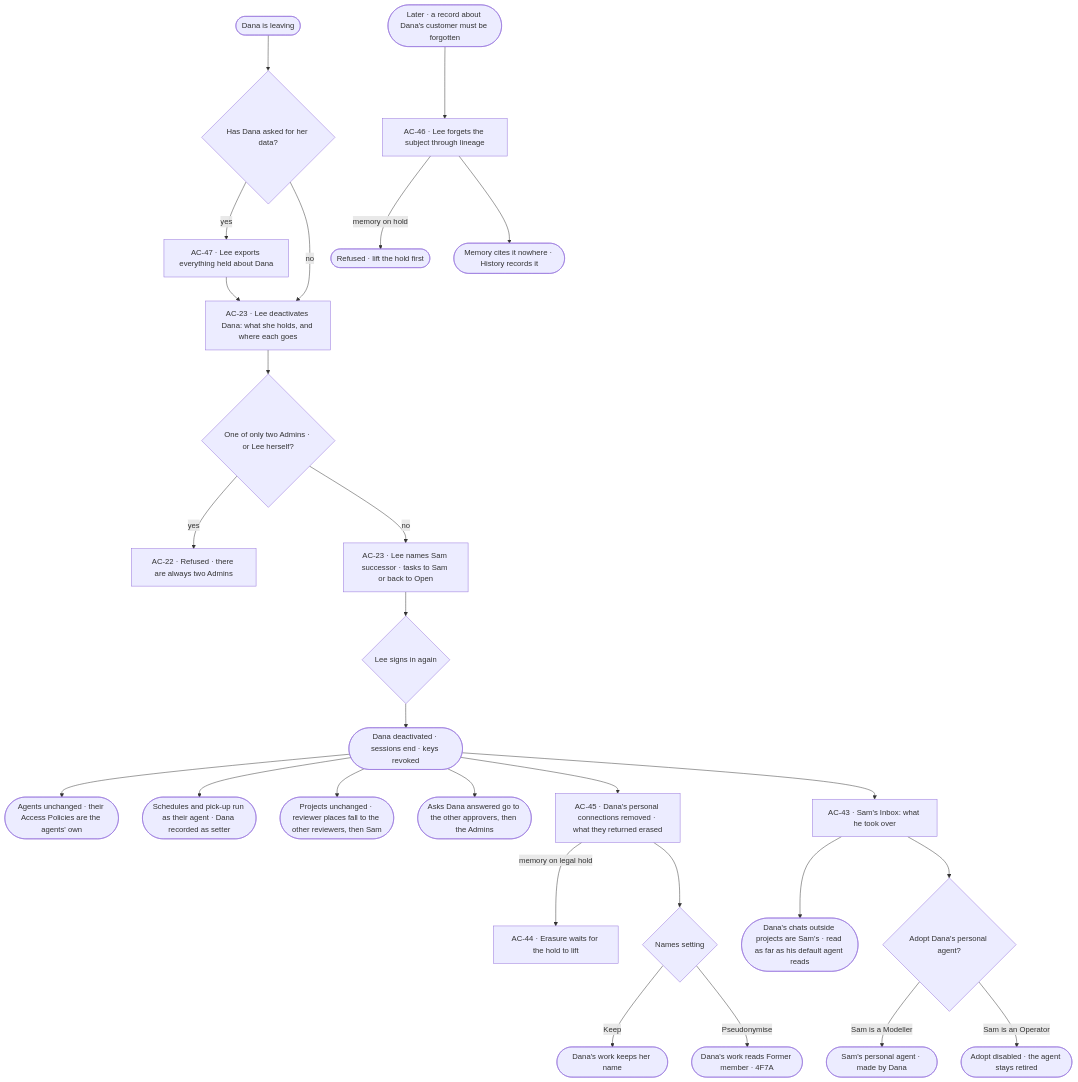
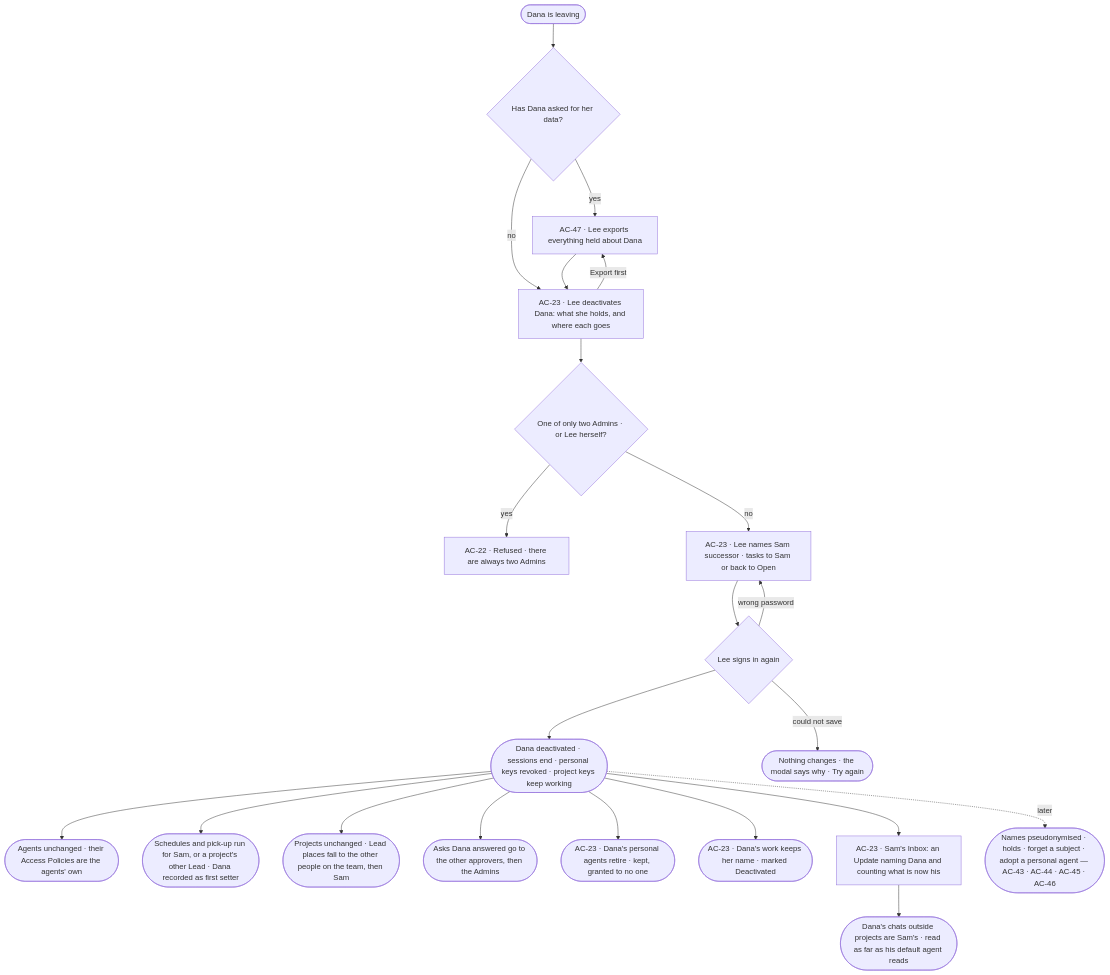
One commit to invana/invana changed the diagram in specs/journeys/J12-a-person-leaves-and-the-team-keeps-working.md. Above: the diagram before and after it, drawn with Mermaid. The commit also changed other lines of this file and 456 other files, not shown here.

````diff
--- a/specs/journeys/J12-a-person-leaves-and-the-team-keeps-working.md
+++ b/specs/journeys/J12-a-person-leaves-and-the-team-keeps-working.md
@@ -16,29 +18,24 @@
 ```mermaid
 flowchart TD
   P([Dana is leaving]) --> X{"Has Dana asked for her data?"}
   X -->|yes| EX["AC-47 · Lee exports everything held about Dana"]
   X -->|no| D
   EX --> D["AC-23 · Lee deactivates Dana: what she holds, and where each goes"]
+  D -->|Export first| EX
   D --> A{"One of only two Admins · or Lee herself?"}
   A -->|yes| AR["AC-22 · Refused · there are always two Admins"]
   A -->|no| S["AC-23 · Lee names Sam successor · tasks to Sam or back to Open"]
   S --> PW{"Lee signs in again"}
-  PW --> OFF(["Dana deactivated · sessions end · keys revoked"])
+  PW -->|wrong password| S
+  PW --> OFF(["Dana deactivated · sessions end · personal keys revoked · project keys keep working"])
+  PW -->|could not save| FL(["Nothing changes · the modal says why · Try again"])
   OFF --> W1(["Agents unchanged · their Access Policies are the agents' own"])
-  OFF --> W2(["Schedules and pick-up run as their agent · Dana recorded as setter"])
-  OFF --> W3(["Projects unchanged · reviewer places fall to the other reviewers, then Sam"])
+  OFF --> W2(["Schedules and pick-up run for Sam, or a project's other Lead · Dana recorded as first setter"])
+  OFF --> W3(["Projects unchanged · Lead places fall to the other people on the team, then Sam"])
   OFF --> W4(["Asks Dana answered go to the other approvers, then the Admins"])
-  OFF --> PD["AC-45 · Dana's personal connections removed · what they returned erased"]
-  PD -->|memory on legal hold| WH["AC-44 · Erasure waits for the hold to lift"]
-  PD --> NM{"Names setting"}
-  NM -->|Keep| K(["Dana's work keeps her name"])
-  NM -->|Pseudonymise| PS(["Dana's work reads Former member · 4F7A"])
-  OFF --> SAM["AC-43 · Sam's Inbox: what he took over"]
+  OFF --> RT(["AC-23 · Dana's personal agents retire · kept, granted to no one"])
+  OFF --> NM(["AC-23 · Dana's work keeps her name · marked Deactivated"])
+  OFF --> SAM["AC-23 · Sam's Inbox: an Update naming Dana and counting what is now his"]
   SAM --> CH(["Dana's chats outside projects are Sam's · read as far as his default agent reads"])
-  SAM --> AG{"Adopt Dana's personal agent?"}
-  AG -->|Sam is a Modeller| AD(["Sam's personal agent · made by Dana"])
-  AG -->|Sam is an Operator| AS(["Adopt disabled · the agent stays retired"])
-  FG([Later · a record about Dana's customer must be forgotten]) --> F["AC-46 · Lee forgets the subject through lineage"]
-  F -->|memory on hold| FR(["Refused · lift the hold first"])
-  F --> FD(["Memory cites it nowhere · History records it"])
+  OFF -.->|later| LT(["Names pseudonymised · holds · forget a subject · adopt a personal agent — AC-43 · AC-44 · AC-45 · AC-46"])
 ```
````
